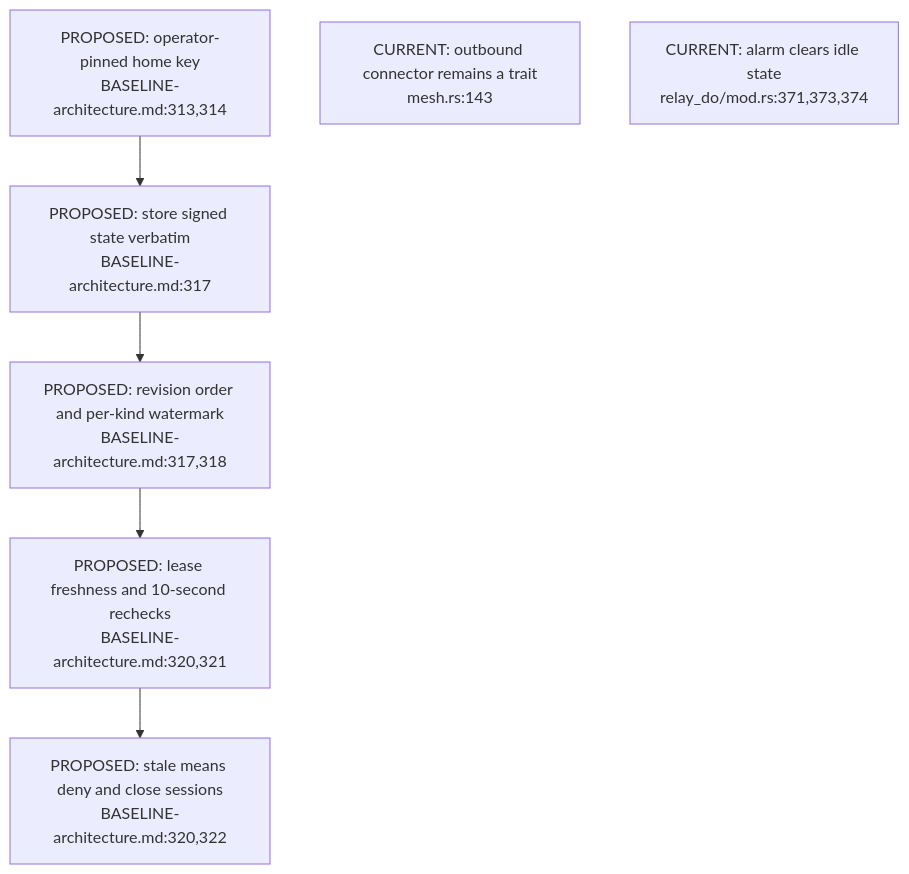
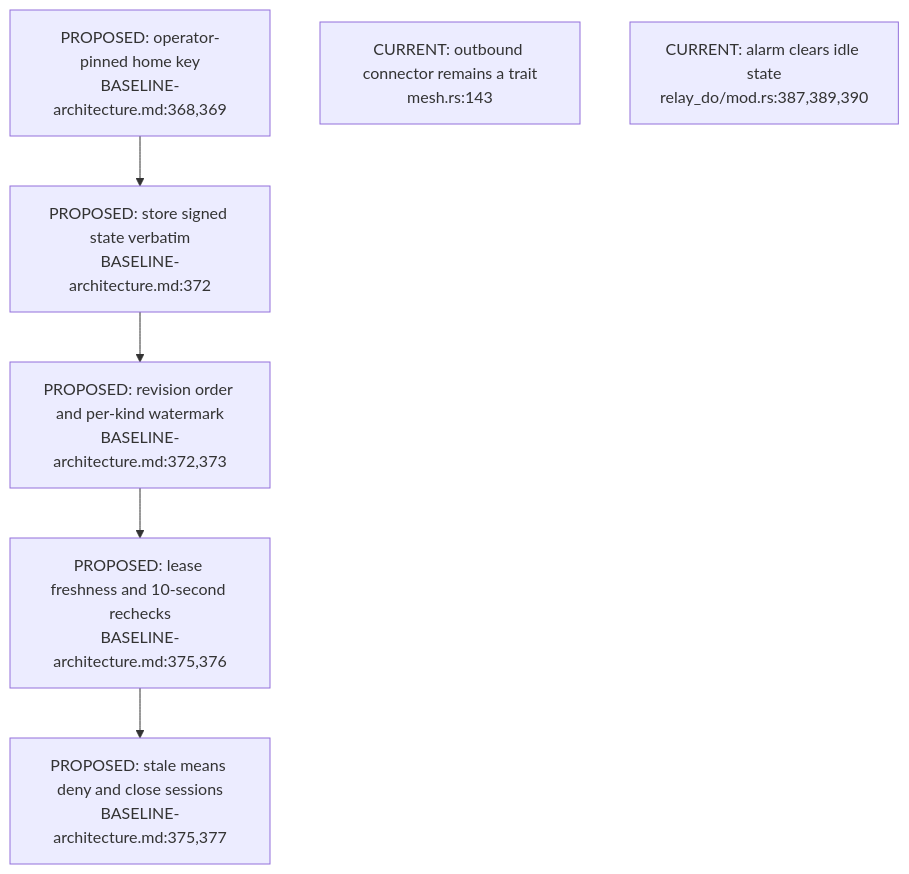
One commit to DreamLab-AI/VisionFlow changed the second of 3 diagrams in docs/diagrams/nostr-rust-forum/14-proposed-group-replication-and-spaces.md. Above: the diagram before and after it, drawn with Mermaid. The commit also changed other lines of this file and 1 other file, not shown here.

First line of the commit message:
docs(diagrams): NF-14 and NF-18 re-verified at nostr-rust-forum af4f0d5

````diff
--- a/docs/diagrams/nostr-rust-forum/14-proposed-group-replication-and-spaces.md
+++ b/docs/diagrams/nostr-rust-forum/14-proposed-group-replication-and-spaces.md
@@ -39,9 +39,9 @@
 ```mermaid
 flowchart TD
-    PIN["PROPOSED: operator-pinned home key<br/>BASELINE-architecture.md:313,314"] --> COPY["PROPOSED: store signed state verbatim<br/>BASELINE-architecture.md:317"]
-    COPY --> ORDER["PROPOSED: revision order and per-kind watermark<br/>BASELINE-architecture.md:317,318"]
-    ORDER --> FRESH["PROPOSED: lease freshness and 10-second rechecks<br/>BASELINE-architecture.md:320,321"]
-    FRESH --> DENY["PROPOSED: stale means deny and close sessions<br/>BASELINE-architecture.md:320,322"]
+    PIN["PROPOSED: operator-pinned home key<br/>BASELINE-architecture.md:368,369"] --> COPY["PROPOSED: store signed state verbatim<br/>BASELINE-architecture.md:372"]
+    COPY --> ORDER["PROPOSED: revision order and per-kind watermark<br/>BASELINE-architecture.md:372,373"]
+    ORDER --> FRESH["PROPOSED: lease freshness and 10-second rechecks<br/>BASELINE-architecture.md:375,376"]
+    FRESH --> DENY["PROPOSED: stale means deny and close sessions<br/>BASELINE-architecture.md:375,377"]
     GAP["CURRENT: outbound connector remains a trait<br/>mesh.rs:143"]
-    ALARM["CURRENT: alarm clears idle state<br/>relay_do/mod.rs:371,373,374"]
+    ALARM["CURRENT: alarm clears idle state<br/>relay_do/mod.rs:387,389,390"]
 ```
````
